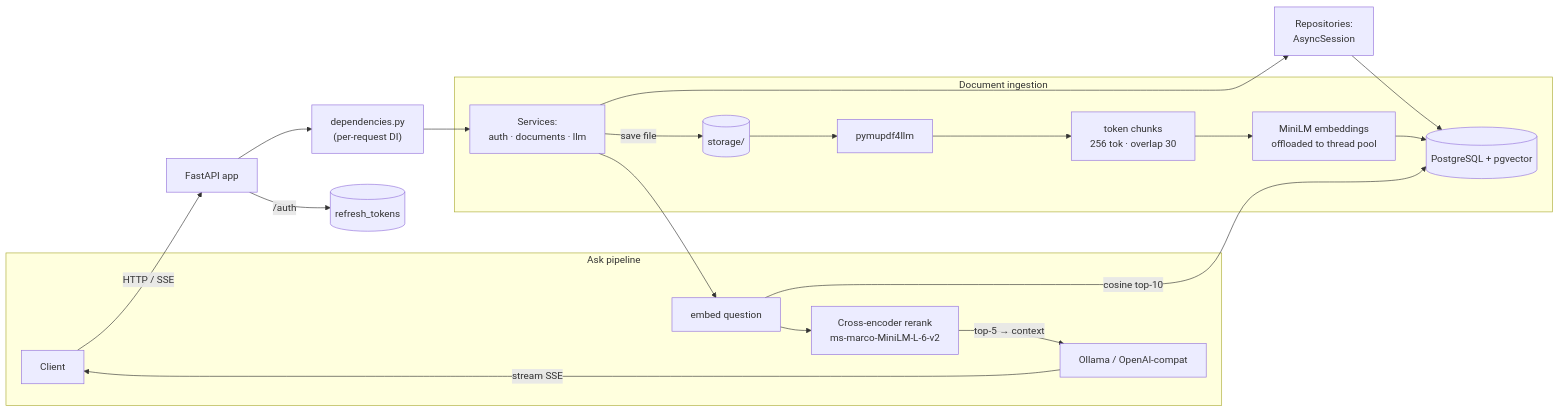
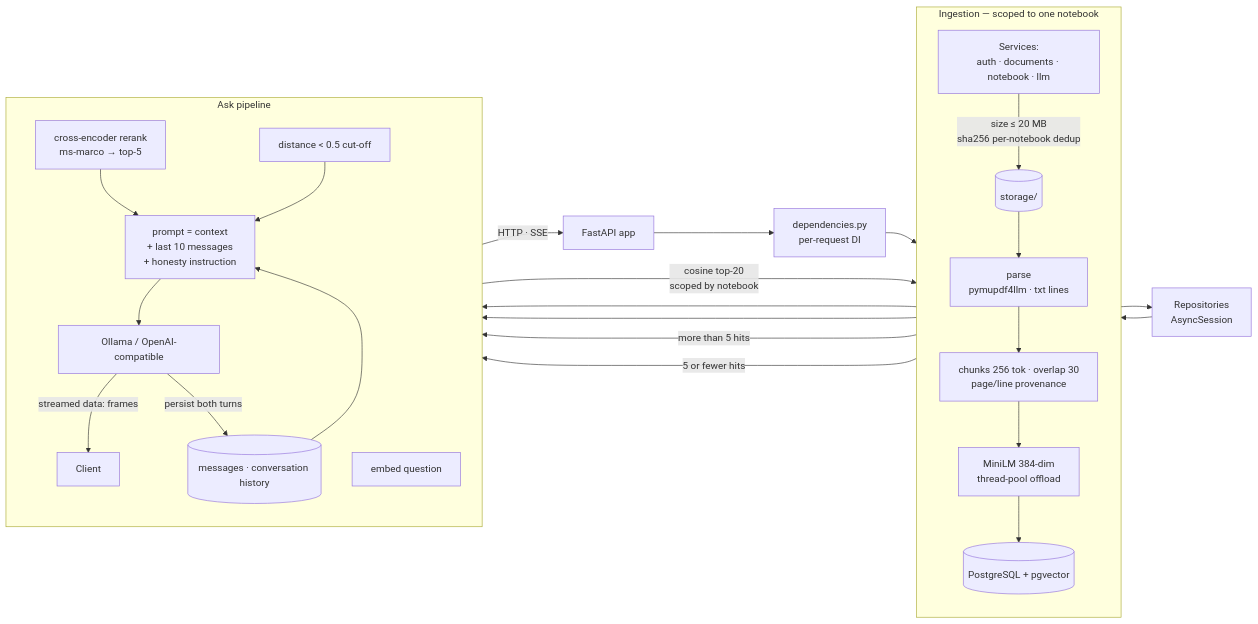
The diagram in README.md (prebal/RAG-API), drawn with Mermaid before and after one commit. The commit also changed other lines of this file, not shown here.

````diff
--- a/README.md
+++ b/README.md
@@ -37,25 +44,32 @@
 ```mermaid
 flowchart LR
-    Client -->|HTTP / SSE| API[FastAPI app]
-    API --> DI["dependencies.py<br/>(per-request DI)"]
-    DI --> SVC[Services:<br/>auth · documents · llm]
-    SVC --> REPO[Repositories:<br/>AsyncSession]
-    REPO --> PG[(PostgreSQL + pgvector)]
-    API -->|/auth| RT[(refresh_tokens)]
+    Client -->|"HTTP · SSE"| API["FastAPI app"]
+    API --> DI["dependencies.py<br/>per-request DI"]
+    DI --> SVC["Services:<br/>auth · documents · notebook · llm"]
+    SVC --> REPO["Repositories<br/>AsyncSession"]
+    REPO --> PG[("PostgreSQL + pgvector")]
+    SVC --> MSG[("messages · conversation history")]
 
-    subgraph Ingest[Document ingestion]
-      SVC -->|save file| FS[(storage/)]
-      FS --> P[pymupdf4llm]
-      P --> C[token chunks<br/>256 tok · overlap 30]
-      C --> E[MiniLM embeddings<br/>offloaded to thread pool]
-      E --> PG
+    subgraph ING["Ingestion — scoped to one notebook"]
+      direction TB
+      SVC -->|"size ≤ 20 MB<br/>sha256 per-notebook dedup"| FS[("storage/")]
+      FS --> PAR["parse<br/>pymupdf4llm · txt lines"]
+      PAR --> CH["chunks 256 tok · overlap 30<br/>page/line provenance"]
+      CH --> EMB["MiniLM 384-dim<br/>thread-pool offload"]
+      EMB --> PG
     end
 
-    subgraph Ask[Ask pipeline]
-      SVC --> Q[embed question]
-      Q -->|cosine top-10| PG
-      Q --> R[Cross-encoder rerank<br/>ms-marco-MiniLM-L-6-v2]
-      R -->|top-5 → context| LLM[Ollama / OpenAI-compat]
-      LLM -->|stream SSE| Client
+    subgraph ASK["Ask pipeline"]
+      direction TB
+      SVC --> QE["embed question"]
+      QE -->|"cosine top-20<br/>scoped by notebook"| PG
+      PG -->|"more than 5 hits"| RR["cross-encoder rerank<br/>ms-marco → top-5"]
+      PG -->|"5 or fewer hits"| CO["distance &lt; 0.5 cut-off"]
+      RR --> PR["prompt = context<br/>+ last 10 messages<br/>+ honesty instruction"]
+      CO --> PR
+      MSG --> PR
+      PR --> LM["Ollama / OpenAI-compatible"]
+      LM -->|"streamed data: frames"| Client
+      LM -->|"persist both turns"| MSG
     end
 ```
````
